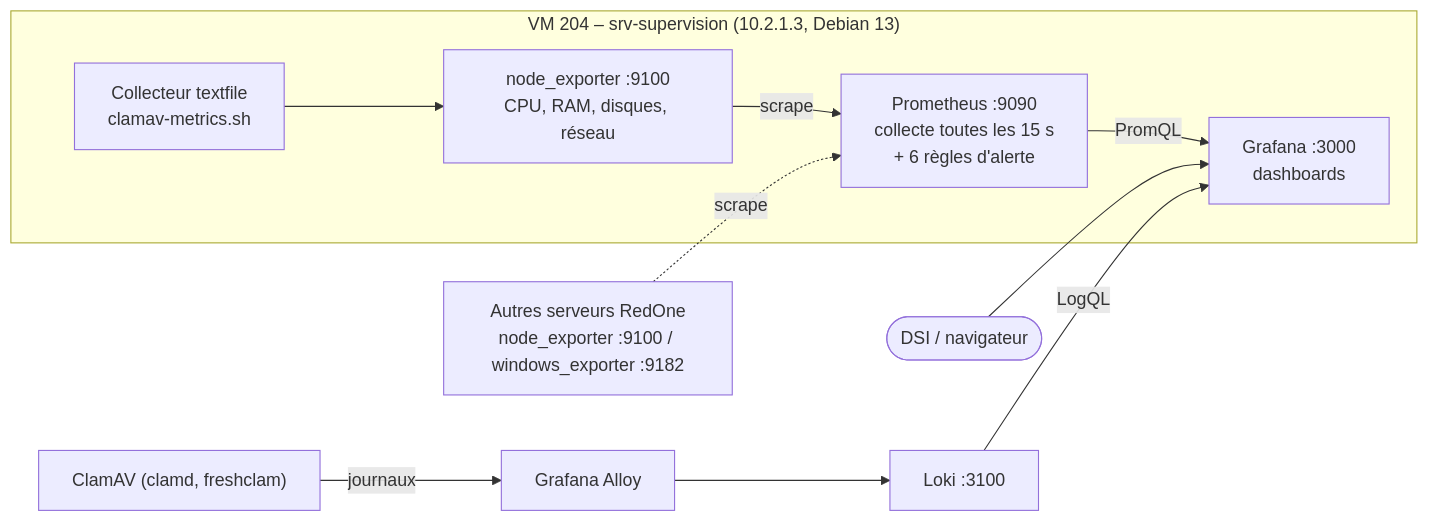
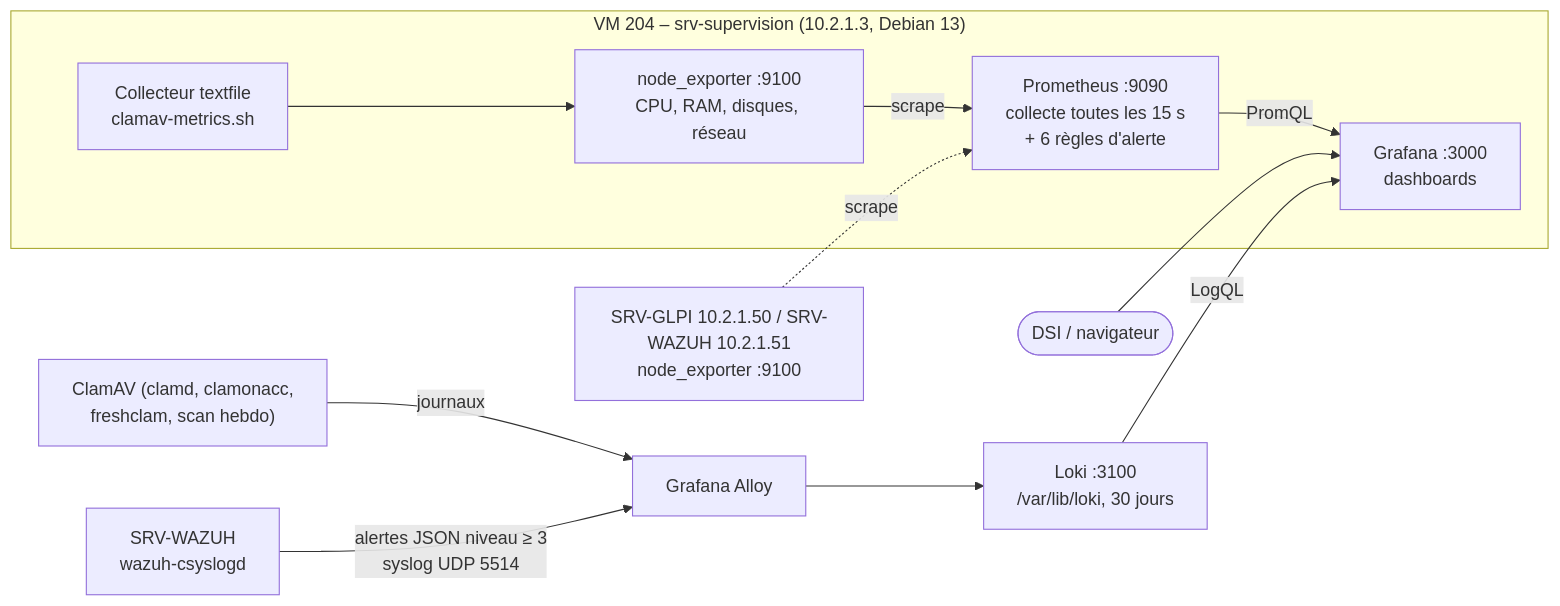
One commit to Stooonks/BTS_SIO_SISR_AP1_AP2 changed the diagram in AP2/AP2_Exploitation_Securite.md. Above: the diagram before and after it, drawn with Mermaid. The commit also changed other lines of this file and 11 other files, not shown here.

First line of the commit message:
AP2 : centre de supervision sécurité Grafana (Prometheus + ClamAV + Wazuh)

````diff
--- a/AP2/AP2_Exploitation_Securite.md
+++ b/AP2/AP2_Exploitation_Securite.md
@@ -41,15 +41,16 @@
 ```mermaid
 flowchart LR
     subgraph VM204["VM 204 – srv-supervision (10.2.1.3, Debian 13)"]
         NE["node_exporter :9100<br/>CPU, RAM, disques, réseau"]
         TF["Collecteur textfile<br/>clamav-metrics.sh"]
         P["Prometheus :9090<br/>collecte toutes les 15 s<br/>+ 6 règles d'alerte"]
         G["Grafana :3000<br/>dashboards"]
         TF --> NE
         NE -->|scrape| P
         P -->|PromQL| G
     end
-    S["Autres serveurs RedOne<br/>node_exporter :9100 / windows_exporter :9182"] -.->|scrape| P
+    S["SRV-GLPI 10.2.1.50 / SRV-WAZUH 10.2.1.51<br/>node_exporter :9100"] -.->|scrape| P
     DSI(["DSI / navigateur"]) --> G
-    CL["ClamAV (clamd, freshclam)"] -->|journaux| AL["Grafana Alloy"] --> LK["Loki :3100"] -->|LogQL| G
+    CL["ClamAV (clamd, clamonacc,<br/>freshclam, scan hebdo)"] -->|journaux| AL["Grafana Alloy"] --> LK["Loki :3100<br/>/var/lib/loki, 30 jours"] -->|LogQL| G
+    WZ["SRV-WAZUH<br/>wazuh-csyslogd"] -->|alertes JSON niveau ≥ 3<br/>syslog UDP 5514| AL
 ```
````
